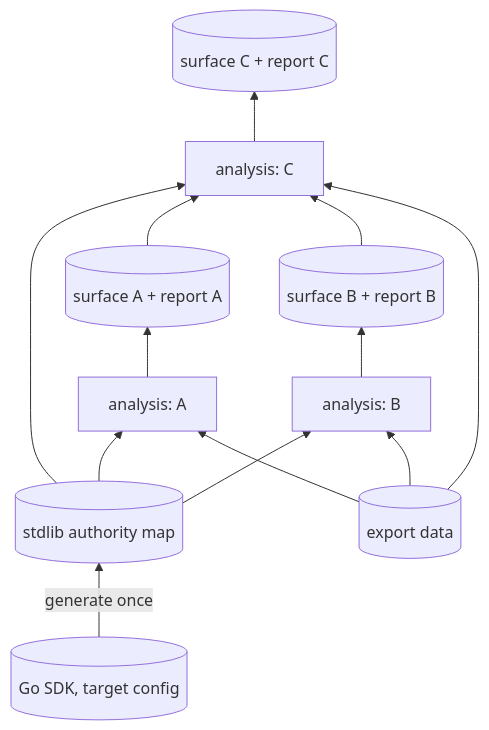
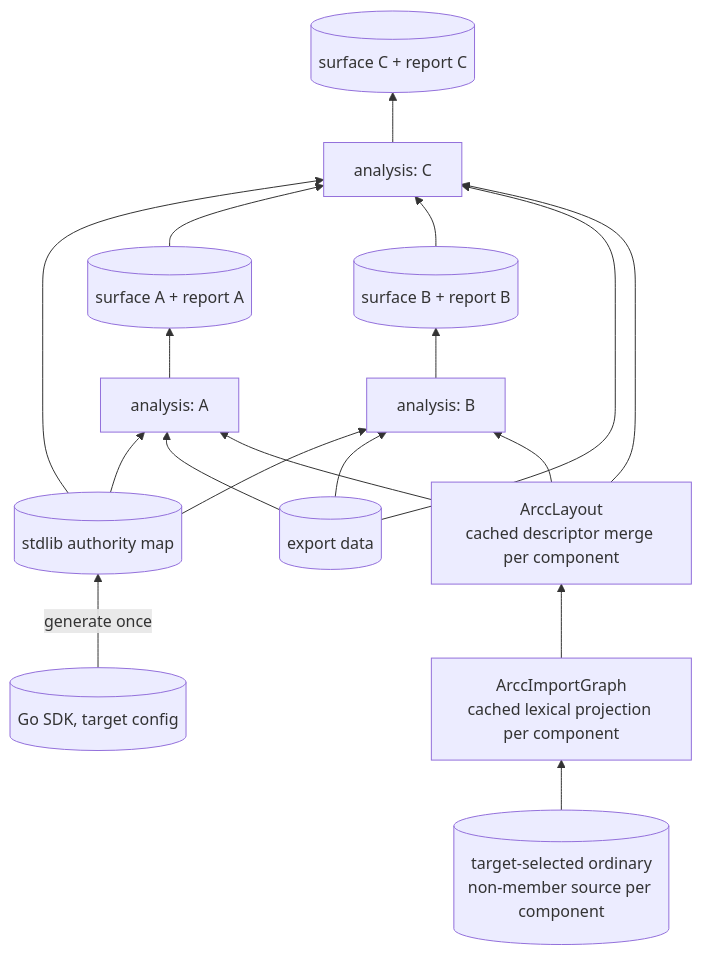
Before and after one commit to ono-sendai-labs/architectural-contracts: the fourth of 4 diagrams in .agents/planning/2026-08-04-compositional-component-analysis/design/detailed-design.md, drawn with Mermaid. The commit also changed other lines of this file, not shown here.

````diff
--- a/.agents/planning/2026-08-04-compositional-component-analysis/design/detailed-design.md
+++ b/.agents/planning/2026-08-04-compositional-component-analysis/design/detailed-design.md
@@ -356,15 +400,20 @@
 ```mermaid
 flowchart BT
     SDK[(Go SDK, target config)] -->|generate once| MAP[(stdlib authority map)]
     MAP --> CA[analysis: A]
     MAP --> CB[analysis: B]
     MAP --> CC[analysis: C]
     CA --> SA[(surface A + report A)]
     CB --> SB[(surface B + report B)]
     SA --> CC
     SB --> CC
     CC --> SC[(surface C + report C)]
     EXP[(export data)] --> CA
     EXP --> CB
     EXP --> CC
+    SRC[(target-selected ordinary<br/>non-member source per component)] --> IP["ArccImportGraph<br/>cached lexical projection per component"]
+    IP --> IL["ArccLayout<br/>cached descriptor merge per component"]
+    IL --> CA
+    IL --> CB
+    IL --> CC
 ```
````
